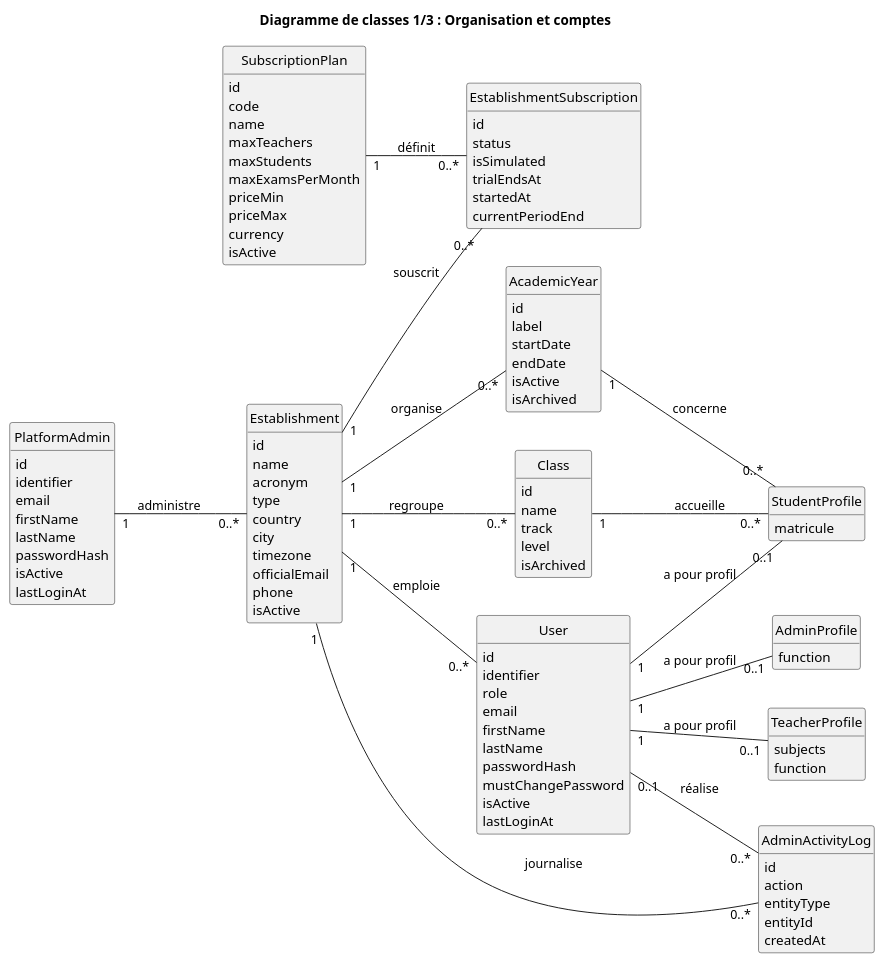
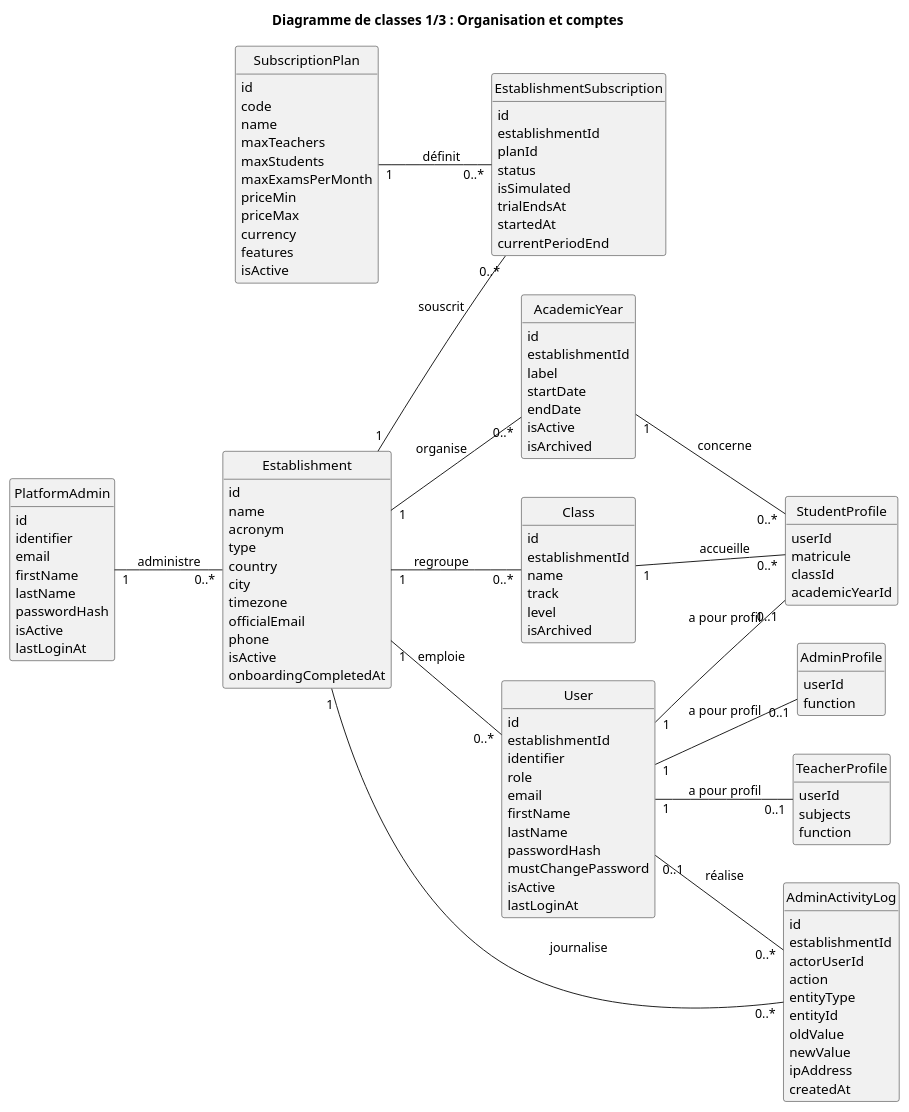
Before and after one commit to progirix/cylentic: the diagram in docs/diagrammes/05a_classes_organisation.puml, drawn with PlantUML.

Commit message:
Complète tous les attributs du diagramme de classes 1/3

```diff
--- a/docs/diagrammes/05a_classes_organisation.puml
+++ b/docs/diagrammes/05a_classes_organisation.puml
@@ -1,123 +1,140 @@
 @startuml
 left to right direction
 skinparam shadowing false
 skinparam classAttributeIconSize 0
 skinparam nodesep 40
 skinparam ranksep 45
 hide empty methods
 hide circle
 
 title Diagramme de classes 1/3 : Organisation et comptes
 
 class PlatformAdmin {
   id
   identifier
   email
   firstName
   lastName
   passwordHash
   isActive
   lastLoginAt
 }
 
 class SubscriptionPlan {
   id
   code
   name
   maxTeachers
   maxStudents
   maxExamsPerMonth
   priceMin
   priceMax
   currency
+  features
   isActive
 }
 
 class Establishment {
   id
   name
   acronym
   type
   country
   city
   timezone
   officialEmail
   phone
   isActive
+  onboardingCompletedAt
 }
 
 class EstablishmentSubscription {
   id
+  establishmentId
+  planId
   status
   isSimulated
   trialEndsAt
   startedAt
   currentPeriodEnd
 }
 
 class AcademicYear {
   id
+  establishmentId
   label
   startDate
   endDate
   isActive
   isArchived
 }
 
 class Class {
   id
+  establishmentId
   name
   track
   level
   isArchived
 }
 
 class User {
   id
+  establishmentId
   identifier
   role
   email
   firstName
   lastName
   passwordHash
   mustChangePassword
   isActive
   lastLoginAt
 }
 
 class AdminProfile {
+  userId
   function
 }
 
 class TeacherProfile {
+  userId
   subjects
   function
 }
 
 class StudentProfile {
+  userId
   matricule
+  classId
+  academicYearId
 }
 
 class AdminActivityLog {
   id
+  establishmentId
+  actorUserId
   action
   entityType
   entityId
+  oldValue
+  newValue
+  ipAddress
   createdAt
 }
 
 PlatformAdmin "1" -- "0..*" Establishment : "administre"
 SubscriptionPlan "1" -- "0..*" EstablishmentSubscription : "définit"
 Establishment "1" -- "0..*" EstablishmentSubscription : "souscrit"
 Establishment "1" -- "0..*" AcademicYear : "organise"
 Establishment "1" -- "0..*" Class : "regroupe"
 Establishment "1" -- "0..*" User : "emploie"
 Establishment "1" -- "0..*" AdminActivityLog : "journalise"
 User "1" -- "0..1" AdminProfile : "a pour profil"
 User "1" -- "0..1" TeacherProfile : "a pour profil"
 User "1" -- "0..1" StudentProfile : "a pour profil"
 User "0..1" -- "0..*" AdminActivityLog : "réalise"
 Class "1" -- "0..*" StudentProfile : "accueille"
 AcademicYear "1" -- "0..*" StudentProfile : "concerne"
 
 @enduml
```
